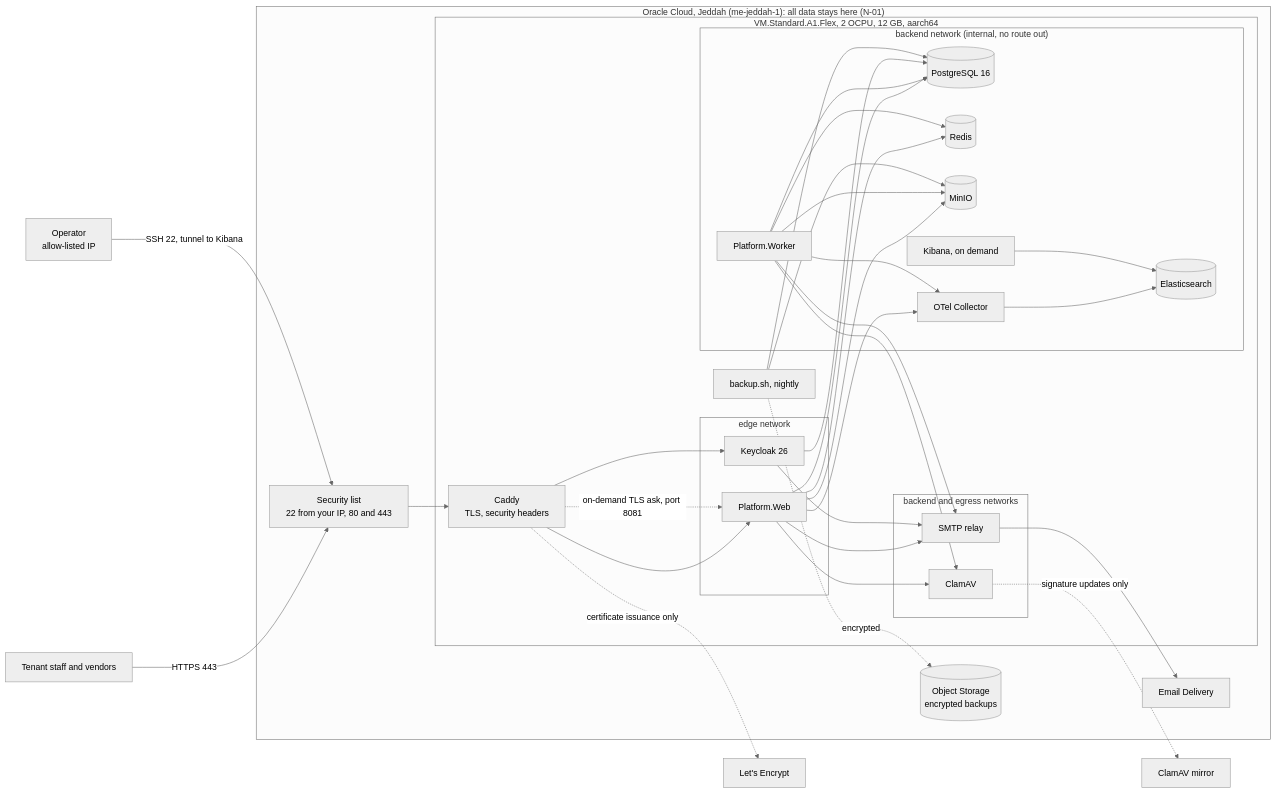
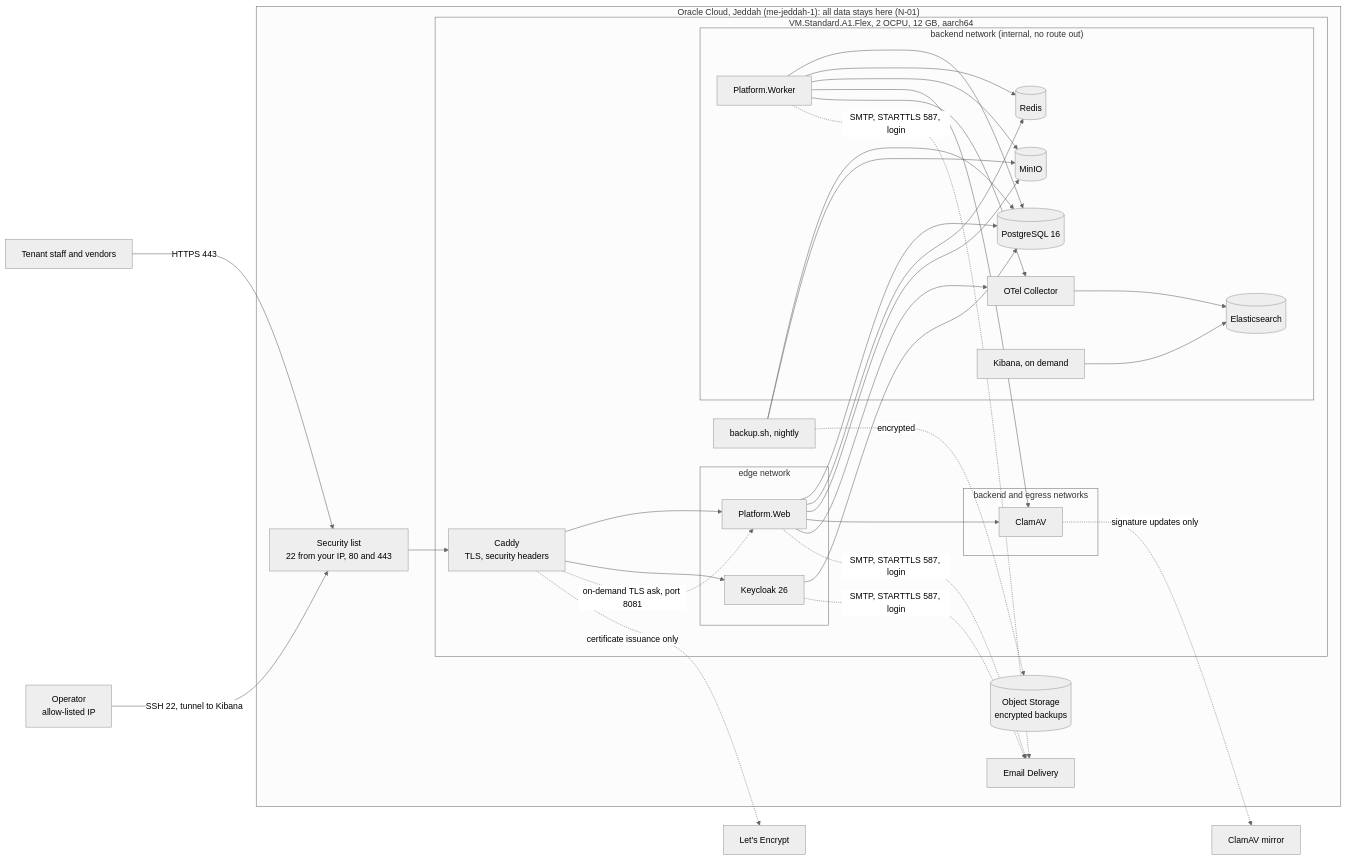
Before and after one commit to AhmedAssaf/ERP: the first of 3 diagrams in docs/19-pilot-runbook.md, drawn with Mermaid (neutral theme). The commit also changed other lines of this file and 21 other files, not shown here.

First line of the commit message:
feat(email): SMTP login with enforced TLS; pilot drops the mail relay; Tailwind CLI per architecture for arm64 builds (#25)

````diff
--- a/docs/19-pilot-runbook.md
+++ b/docs/19-pilot-runbook.md
@@ -10,40 +10,39 @@
 ```mermaid
 flowchart LR
     U["Tenant staff and vendors"] -->|"HTTPS 443"| SL
     OP["Operator<br/>allow-listed IP"] -->|"SSH 22, tunnel to Kibana"| SL
     subgraph OCI["Oracle Cloud, Jeddah (me-jeddah-1): all data stays here (N-01)"]
         SL["Security list<br/>22 from your IP, 80 and 443"] --> CADDY
         subgraph VM["VM.Standard.A1.Flex, 2 OCPU, 12 GB, aarch64"]
             CADDY["Caddy<br/>TLS, security headers"]
             subgraph EDGE["edge network"]
                 WEB["Platform.Web"]
                 KC["Keycloak 26"]
             end
             subgraph BACK["backend network (internal, no route out)"]
                 WRK["Platform.Worker"]
                 PG[("PostgreSQL 16")]
                 RD[("Redis")]
                 S3[("MinIO")]
                 COL["OTel Collector"] --> ES[("Elasticsearch")]
                 KIB["Kibana, on demand"]
             end
             subgraph EGR["backend and egress networks"]
                 AV["ClamAV"]
-                RELAY["SMTP relay"]
             end
             CADDY --> WEB & KC
             CADDY -.->|"on-demand TLS ask, port 8081"| WEB
-            WEB --> PG & RD & S3 & AV & RELAY & COL
-            WRK --> PG & RD & S3 & AV & RELAY & COL
-            KC --> PG & RELAY
+            WEB --> PG & RD & S3 & AV & COL
+            WRK --> PG & RD & S3 & AV & COL
+            KC --> PG
             KIB --> ES
             BK["backup.sh, nightly"] --> PG & S3
         end
         OS[("Object Storage<br/>encrypted backups")]
         MAIL["Email Delivery"]
     end
     BK -.->|"encrypted"| OS
-    RELAY --> MAIL
+    WEB & WRK & KC -.->|"SMTP, STARTTLS 587, login"| MAIL
     AV -.->|"signature updates only"| CDN["ClamAV mirror"]
     CADDY -.->|"certificate issuance only"| LE["Let's Encrypt"]
 ```
````
